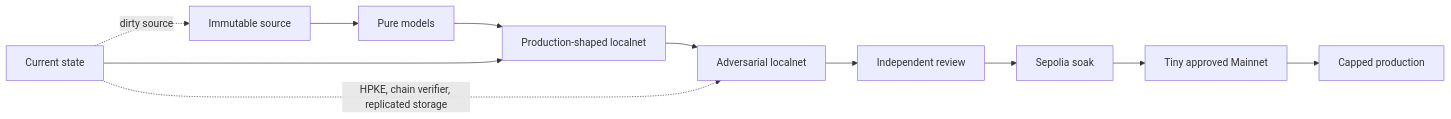
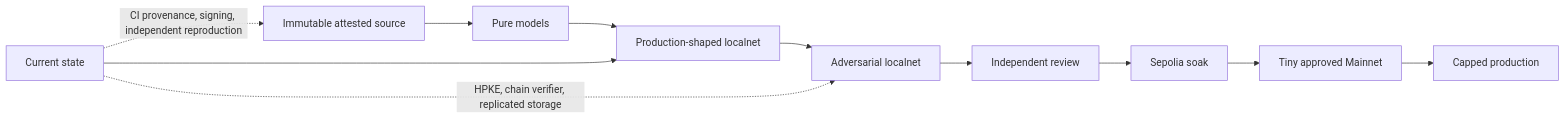
The eighth of 8 diagrams in README.md (gstohl/app20), drawn with Mermaid before and after one commit. The commit also changed other lines of this file, not shown here.

````diff
--- a/README.md
+++ b/README.md
@@ -245,14 +247,14 @@
 ```mermaid
 flowchart LR
-    P0[Immutable source] --> P1[Pure models]
+    P0[Immutable attested source] --> P1[Pure models]
     P1 --> P2[Production-shaped localnet]
     P2 --> P3[Adversarial localnet]
     P3 --> P4[Independent review]
     P4 --> P5[Sepolia soak]
     P5 --> P6[Tiny approved Mainnet]
     P6 --> P7[Capped production]
 
     D[Current state] --> P2
-    D -. dirty source .-> P0
+    D -. CI provenance, signing, independent reproduction .-> P0
     D -. HPKE, chain verifier, replicated storage .-> P3
 ```
````
